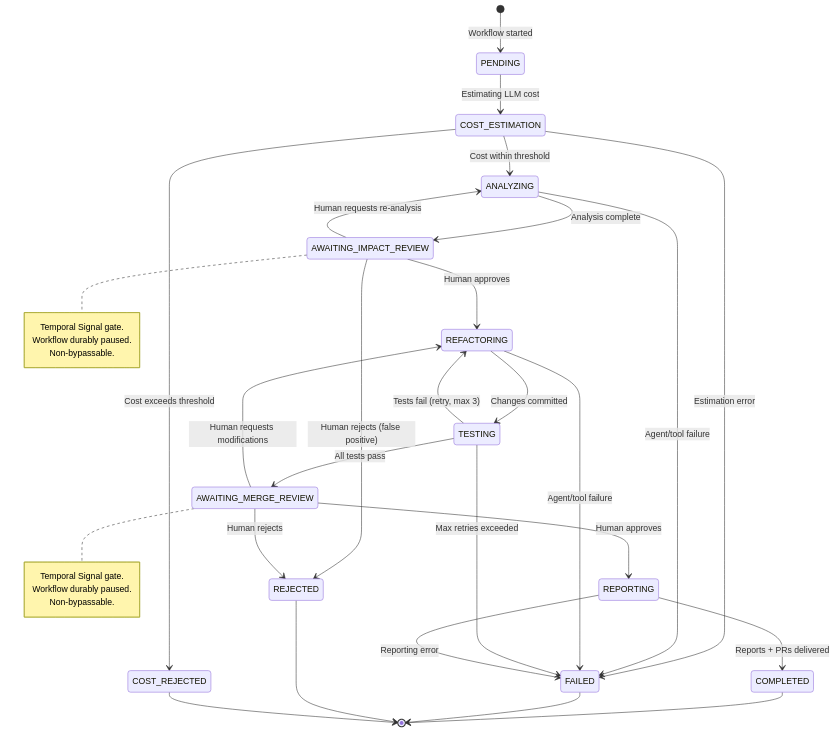
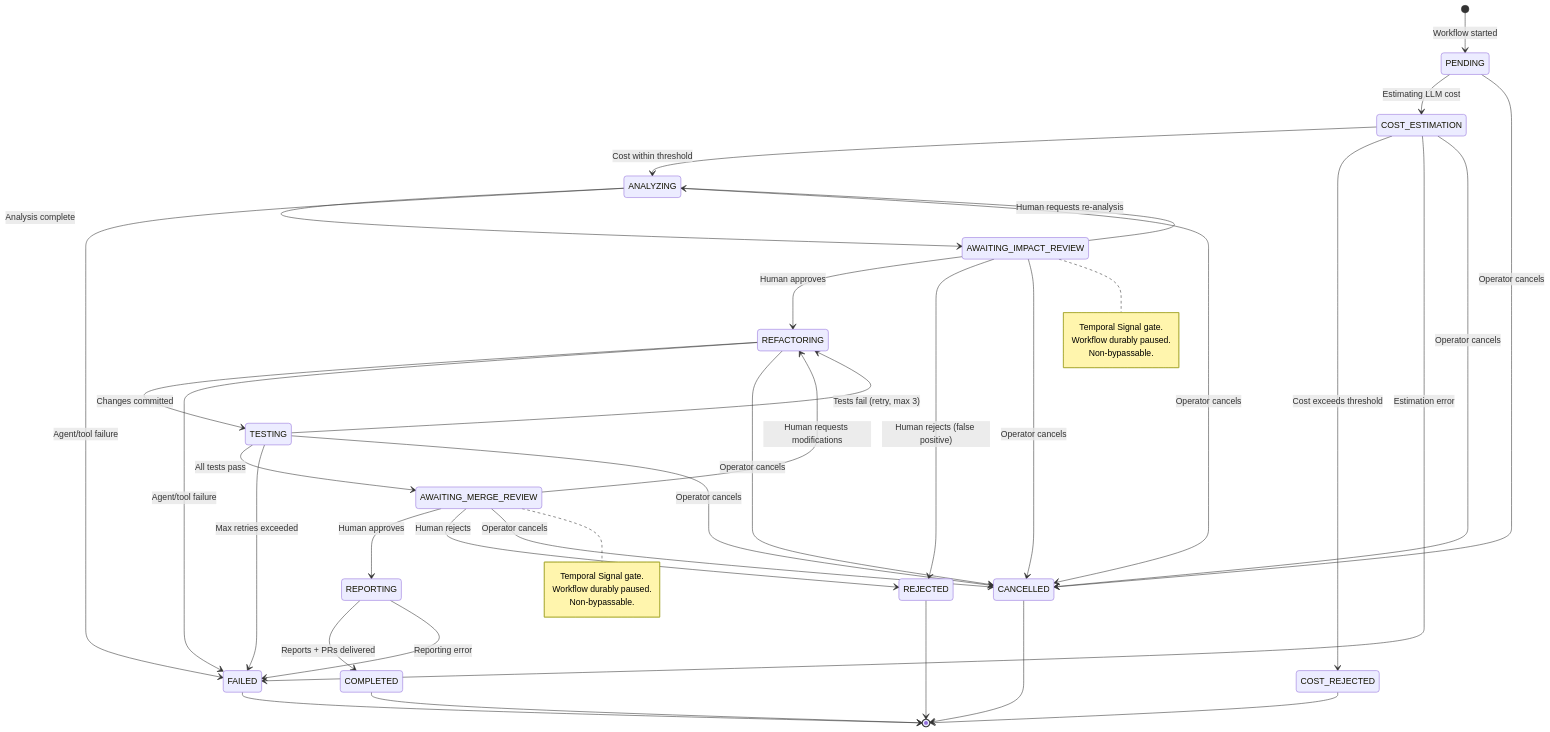
Before and after one commit to gallindo/regulatory-agent-kit: diagram 13 of 17 in docs/lld.md, drawn with Mermaid. The commit also changed other lines of this file and 13 other files, not shown here.

````diff
--- a/docs/lld.md
+++ b/docs/lld.md
@@ -888,48 +888,57 @@
 ```mermaid
 stateDiagram-v2
     [*] --> PENDING : Workflow started
 
     PENDING --> COST_ESTIMATION : Estimating LLM cost
 
     COST_ESTIMATION --> ANALYZING : Cost within threshold
     COST_ESTIMATION --> COST_REJECTED : Cost exceeds threshold
     COST_ESTIMATION --> FAILED : Estimation error
 
     ANALYZING --> AWAITING_IMPACT_REVIEW : Analysis complete
     ANALYZING --> FAILED : Agent/tool failure
 
     AWAITING_IMPACT_REVIEW --> REFACTORING : Human approves
     AWAITING_IMPACT_REVIEW --> REJECTED : Human rejects (false positive)
     AWAITING_IMPACT_REVIEW --> ANALYZING : Human requests re-analysis
 
     REFACTORING --> TESTING : Changes committed
     REFACTORING --> FAILED : Agent/tool failure
 
     TESTING --> AWAITING_MERGE_REVIEW : All tests pass
     TESTING --> REFACTORING : Tests fail (retry, max 3)
     TESTING --> FAILED : Max retries exceeded
 
     AWAITING_MERGE_REVIEW --> REPORTING : Human approves
     AWAITING_MERGE_REVIEW --> REFACTORING : Human requests modifications
     AWAITING_MERGE_REVIEW --> REJECTED : Human rejects
 
     REPORTING --> COMPLETED : Reports + PRs delivered
     REPORTING --> FAILED : Reporting error
 
     COMPLETED --> [*]
     FAILED --> [*]
     REJECTED --> [*]
     COST_REJECTED --> [*]
+    CANCELLED --> [*]
+
+    PENDING --> CANCELLED : Operator cancels
+    COST_ESTIMATION --> CANCELLED : Operator cancels
+    ANALYZING --> CANCELLED : Operator cancels
+    AWAITING_IMPACT_REVIEW --> CANCELLED : Operator cancels
+    REFACTORING --> CANCELLED : Operator cancels
+    TESTING --> CANCELLED : Operator cancels
+    AWAITING_MERGE_REVIEW --> CANCELLED : Operator cancels
 
     note right of AWAITING_IMPACT_REVIEW
         Temporal Signal gate.
         Workflow durably paused.
         Non-bypassable.
     end note
 
     note right of AWAITING_MERGE_REVIEW
         Temporal Signal gate.
         Workflow durably paused.
         Non-bypassable.
     end note
 ```
````
